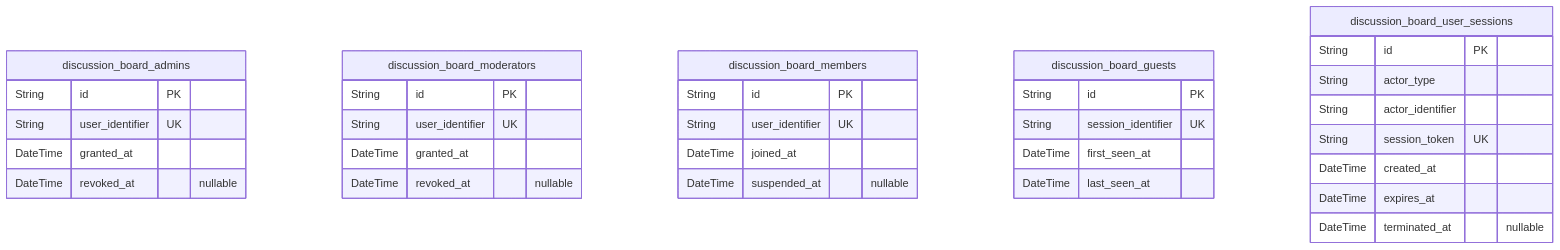
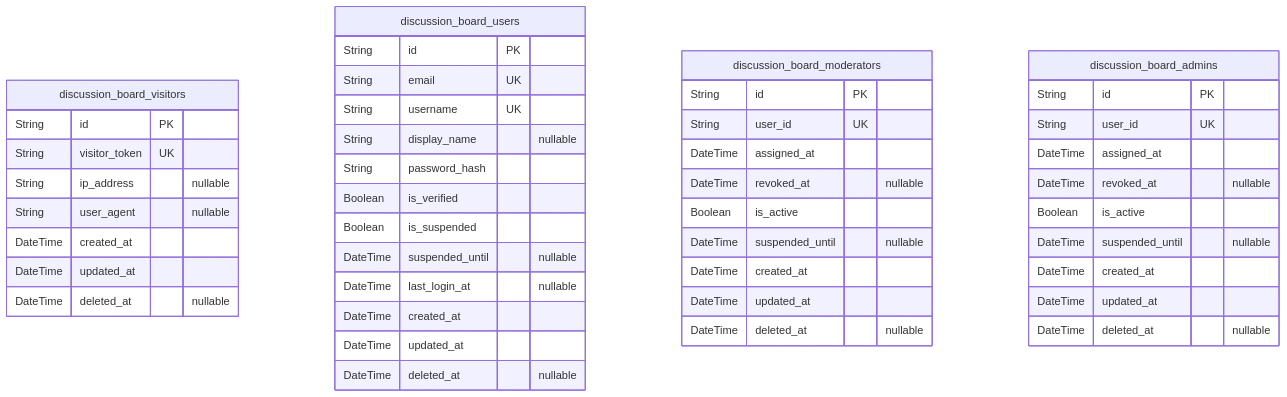
The second of 8 diagrams in docs/ERD.md (wrtnlabs/autobe-example-bbs-openai-gpt-4.1), drawn with Mermaid before and after one commit. The commit also changed other lines of this file and 1472 other files, not shown here.

````diff
--- a/docs/ERD.md
+++ b/docs/ERD.md
@@ -134,36 +196,48 @@
 ```mermaid
 erDiagram
-"discussion_board_admins" {
+"discussion_board_visitors" {
   String id PK
-  String user_identifier UK
-  DateTime granted_at
-  DateTime revoked_at "nullable"
+  String visitor_token UK
+  String ip_address "nullable"
+  String user_agent "nullable"
+  DateTime created_at
+  DateTime updated_at
+  DateTime deleted_at "nullable"
+}
+"discussion_board_users" {
+  String id PK
+  String email UK
+  String username UK
+  String display_name "nullable"
+  String password_hash
+  Boolean is_verified
+  Boolean is_suspended
+  DateTime suspended_until "nullable"
+  DateTime last_login_at "nullable"
+  DateTime created_at
+  DateTime updated_at
+  DateTime deleted_at "nullable"
 }
 "discussion_board_moderators" {
   String id PK
-  String user_identifier UK
-  DateTime granted_at
+  String user_id UK
+  DateTime assigned_at
   DateTime revoked_at "nullable"
+  Boolean is_active
+  DateTime suspended_until "nullable"
+  DateTime created_at
+  DateTime updated_at
+  DateTime deleted_at "nullable"
 }
-"discussion_board_members" {
+"discussion_board_admins" {
   String id PK
-  String user_identifier UK
-  DateTime joined_at
-  DateTime suspended_at "nullable"
-}
-"discussion_board_guests" {
-  String id PK
-  String session_identifier UK
-  DateTime first_seen_at
-  DateTime last_seen_at
-}
-"discussion_board_user_sessions" {
-  String id PK
-  String actor_type
-  String actor_identifier
-  String session_token UK
+  String user_id UK
+  DateTime assigned_at
+  DateTime revoked_at "nullable"
+  Boolean is_active
+  DateTime suspended_until "nullable"
   DateTime created_at
-  DateTime expires_at
-  DateTime terminated_at "nullable"
+  DateTime updated_at
+  DateTime deleted_at "nullable"
 }
 ```
````
